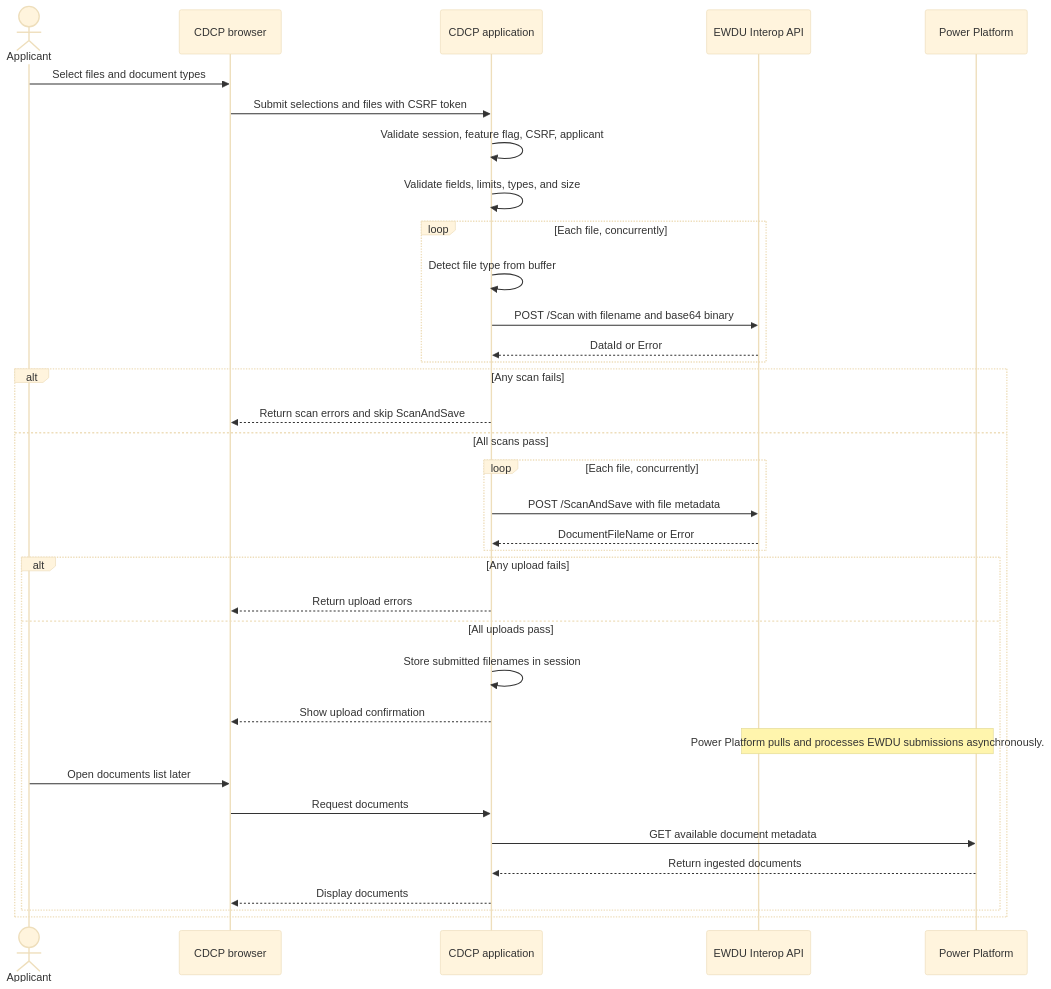
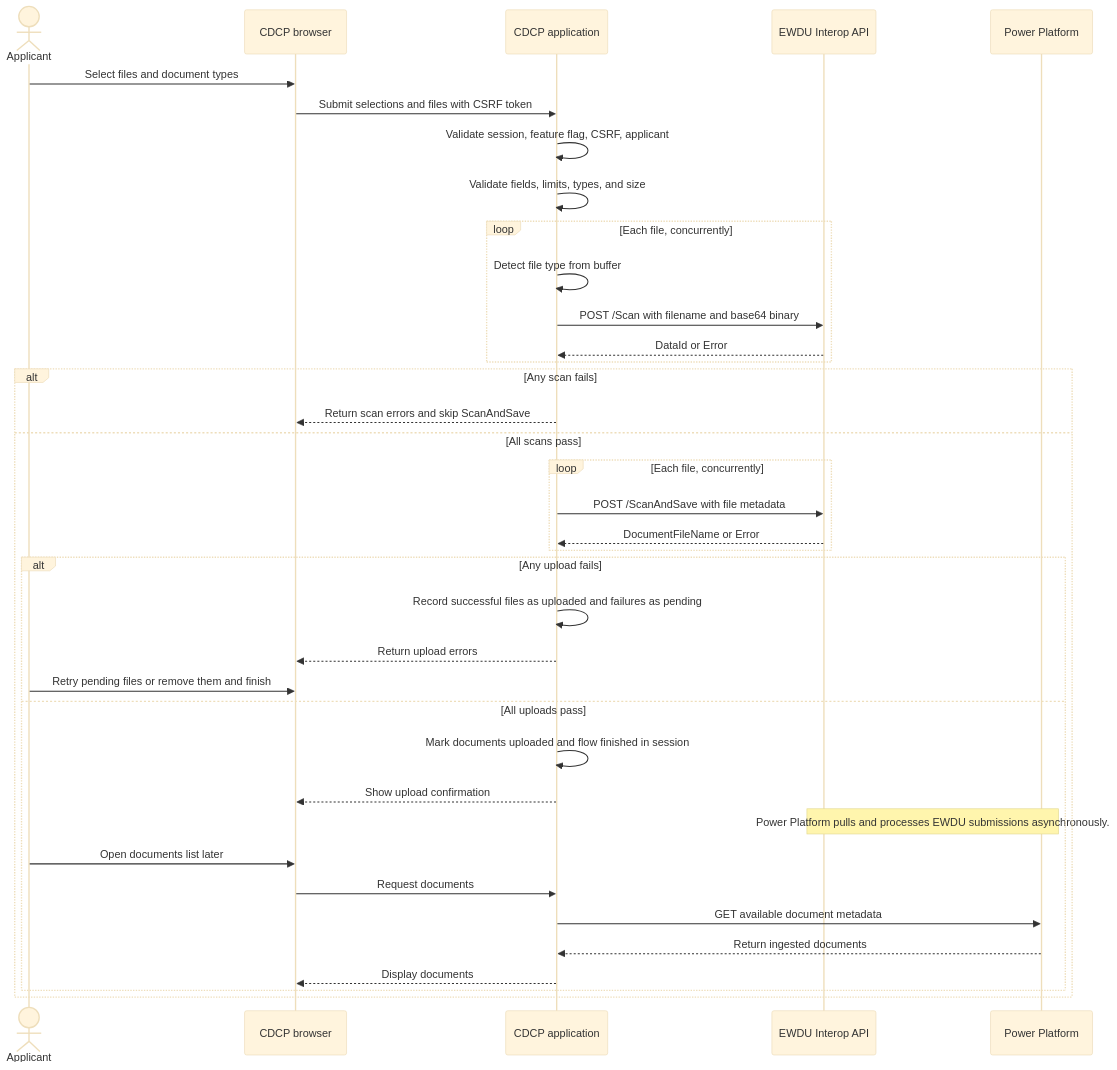
Before and after one commit to STN-DTS/canadian-dental-care-plan: the diagram in frontend/other/docs/document-upload-feature.md, drawn with Mermaid (base theme). The commit also changed other lines of this file, not shown here.

````diff
--- a/frontend/other/docs/document-upload-feature.md
+++ b/frontend/other/docs/document-upload-feature.md
@@ -70,38 +153,40 @@
 ```mermaid
 sequenceDiagram
     actor Applicant
     participant Browser as CDCP browser
     participant App as CDCP application
     participant EWDU as EWDU Interop API
     participant PP as Power Platform
 
     Applicant->>Browser: Select files and document types
     Browser->>App: Submit selections and files with CSRF token
     App->>App: Validate session, feature flag, CSRF, applicant
     App->>App: Validate fields, limits, types, and size
     loop Each file, concurrently
       App->>App: Detect file type from buffer
       App->>EWDU: POST /Scan with filename and base64 binary
       EWDU-->>App: DataId or Error
     end
     alt Any scan fails
       App-->>Browser: Return scan errors and skip ScanAndSave
     else All scans pass
       loop Each file, concurrently
         App->>EWDU: POST /ScanAndSave with file metadata
         EWDU-->>App: DocumentFileName or Error
       end
       alt Any upload fails
+        App->>App: Record successful files as uploaded and failures as pending
         App-->>Browser: Return upload errors
+        Applicant->>Browser: Retry pending files or remove them and finish
       else All uploads pass
-        App->>App: Store submitted filenames in session
+        App->>App: Mark documents uploaded and flow finished in session
         App-->>Browser: Show upload confirmation
         Note over EWDU,PP: Power Platform pulls and processes EWDU submissions asynchronously.
         Applicant->>Browser: Open documents list later
         Browser->>App: Request documents
         App->>PP: GET available document metadata
         PP-->>App: Return ingested documents
         App-->>Browser: Display documents
       end
     end
 ```
````
